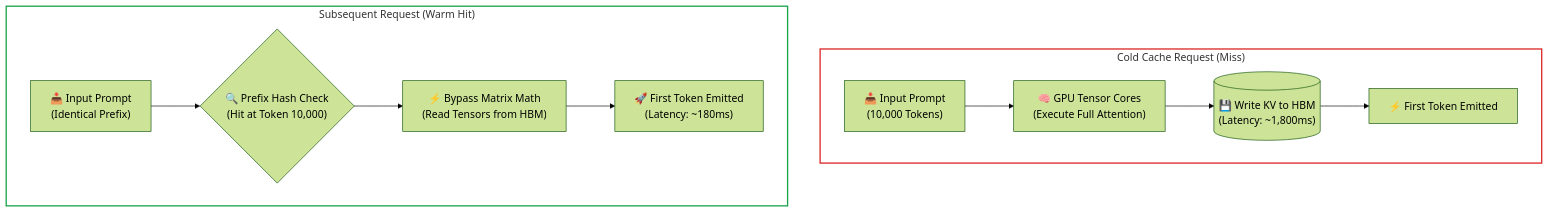
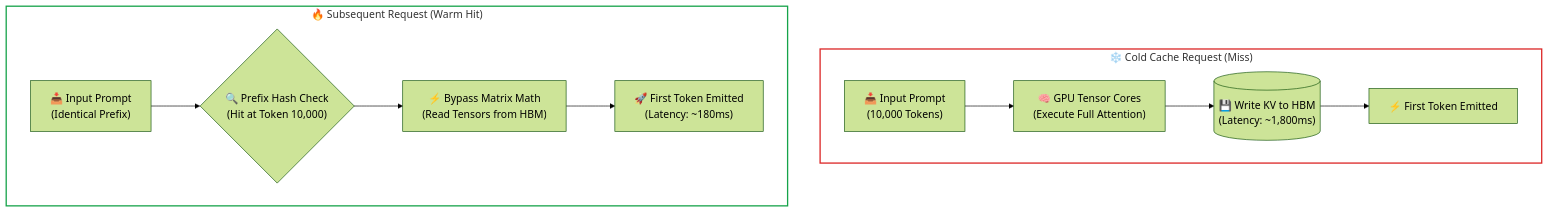
The first of 2 diagrams in 01-prompt-and-context-engineering/03-prefix-and-prompt-caching.md (dip4k/senior-engineer-to-ai-engineer-roadmap), drawn with Mermaid (forest theme) before and after one commit. The commit also changed 94 other files, not shown here.

Commit message:
refactor(curriculum): complete Phase 04 upgrade and enforce diagram renderer invariants

````diff
--- a/01-prompt-and-context-engineering/03-prefix-and-prompt-caching.md
+++ b/01-prompt-and-context-engineering/03-prefix-and-prompt-caching.md
@@ -72,17 +72,17 @@
 ```mermaid
 flowchart TD
-    subgraph ColdRequest["Cold Cache Request (Miss)"]
+    subgraph ColdRequest["❄️ Cold Cache Request (Miss)"]
         P1["📥 Input Prompt<br>(10,000 Tokens)"] --> GPU1["🧠 GPU Tensor Cores<br>(Execute Full Attention)"]
         GPU1 --> VRAM1[("💾 Write KV to HBM<br>(Latency: ~1,800ms)")]
         VRAM1 --> Out1["⚡ First Token Emitted"]
     end
 
-    subgraph WarmRequest["Subsequent Request (Warm Hit)"]
+    subgraph WarmRequest["🔥 Subsequent Request (Warm Hit)"]
         P2["📥 Input Prompt<br>(Identical Prefix)"] --> Match{"🔍 Prefix Hash Check<br>(Hit at Token 10,000)"}
         Match --> Bypass["⚡ Bypass Matrix Math<br>(Read Tensors from HBM)"]
         Bypass --> Out2["🚀 First Token Emitted<br>(Latency: ~180ms)"]
     end
 
     style ColdRequest fill:none,stroke:#dc2626,stroke-width:2px
     style WarmRequest fill:none,stroke:#16a34a,stroke-width:2px
 ```
````
